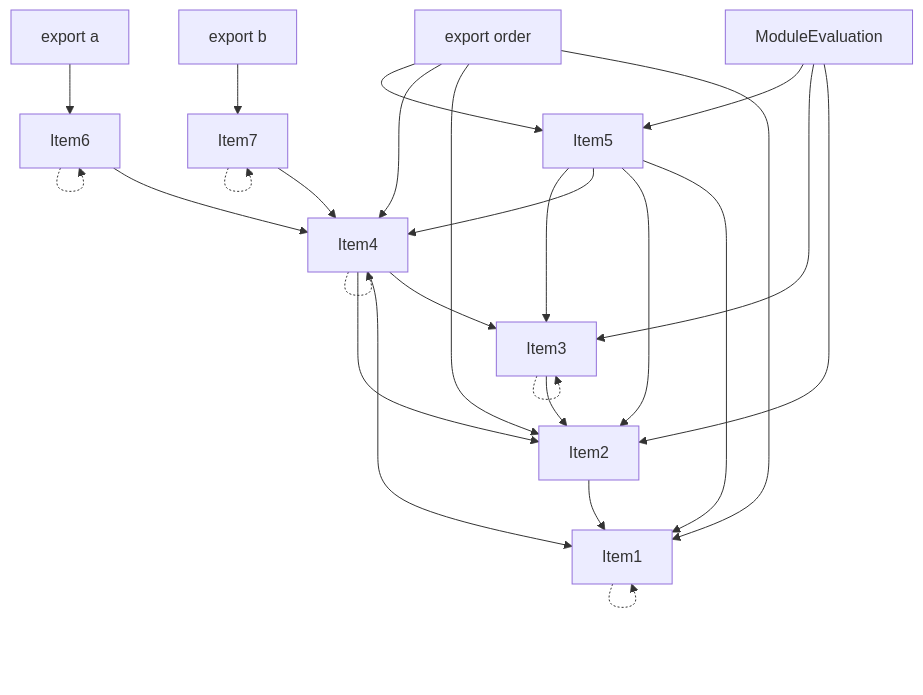
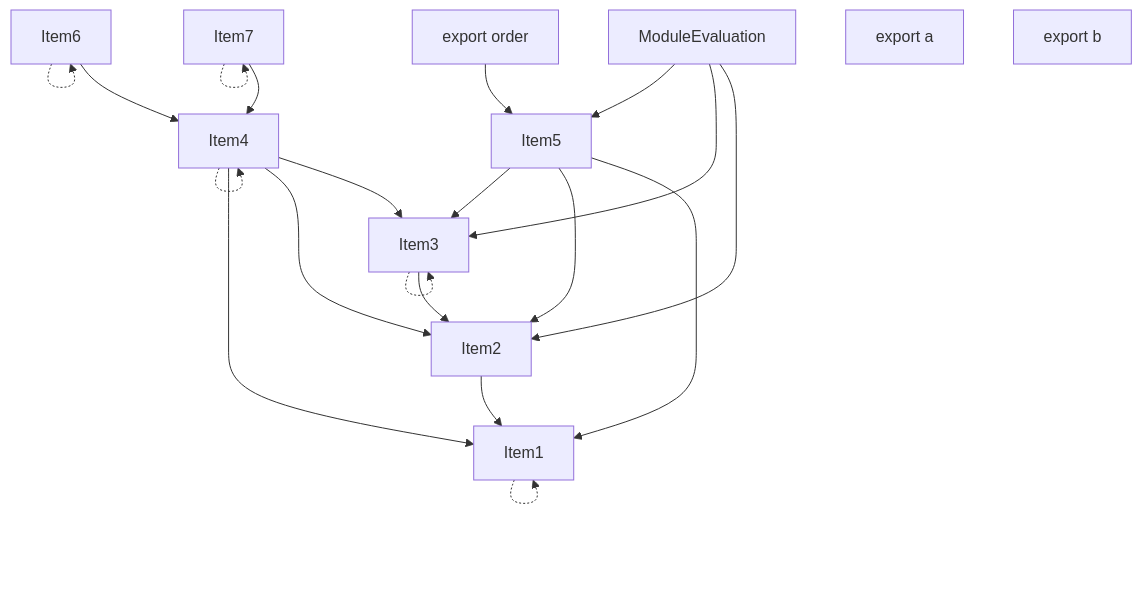
The fourth of 5 diagrams in crates/turbopack-ecmascript/tests/tree-shaker/analyzer/shared-2/output.md (vercel/turborepo), drawn with Mermaid before and after one commit. The commit also changed other lines of this file and 20 other files, not shown here.

````diff
--- a/crates/turbopack-ecmascript/tests/tree-shaker/analyzer/shared-2/output.md
+++ b/crates/turbopack-ecmascript/tests/tree-shaker/analyzer/shared-2/output.md
@@ -180,43 +178,37 @@
 ```mermaid
 graph TD
     Item1;
     Item2;
     Item3;
     Item4;
     Item5;
     Item6;
     Item7;
     Item8;
     Item8["ModuleEvaluation"];
     Item9;
     Item9["export order"];
     Item10;
     Item10["export a"];
     Item11;
     Item11["export b"];
     Item1 -.-> Item1;
     Item2 --> Item1;
     Item3 -.-> Item3;
     Item3 --> Item2;
     Item4 --> Item3;
+    Item4 --> Item2;
     Item4 --> Item1;
-    Item4 --> Item2;
     Item4 -.-> Item4;
     Item5 --> Item1;
     Item5 --> Item2;
-    Item5 --> Item4;
     Item5 --> Item3;
     Item6 --> Item4;
     Item6 -.-> Item6;
     Item7 --> Item4;
     Item7 -.-> Item7;
     Item8 --> Item2;
     Item8 --> Item3;
     Item8 --> Item5;
-    Item9 --> Item1;
-    Item9 --> Item2;
-    Item9 --> Item4;
     Item9 --> Item5;
-    Item10 --> Item6;
-    Item11 --> Item7;
 ```
````
